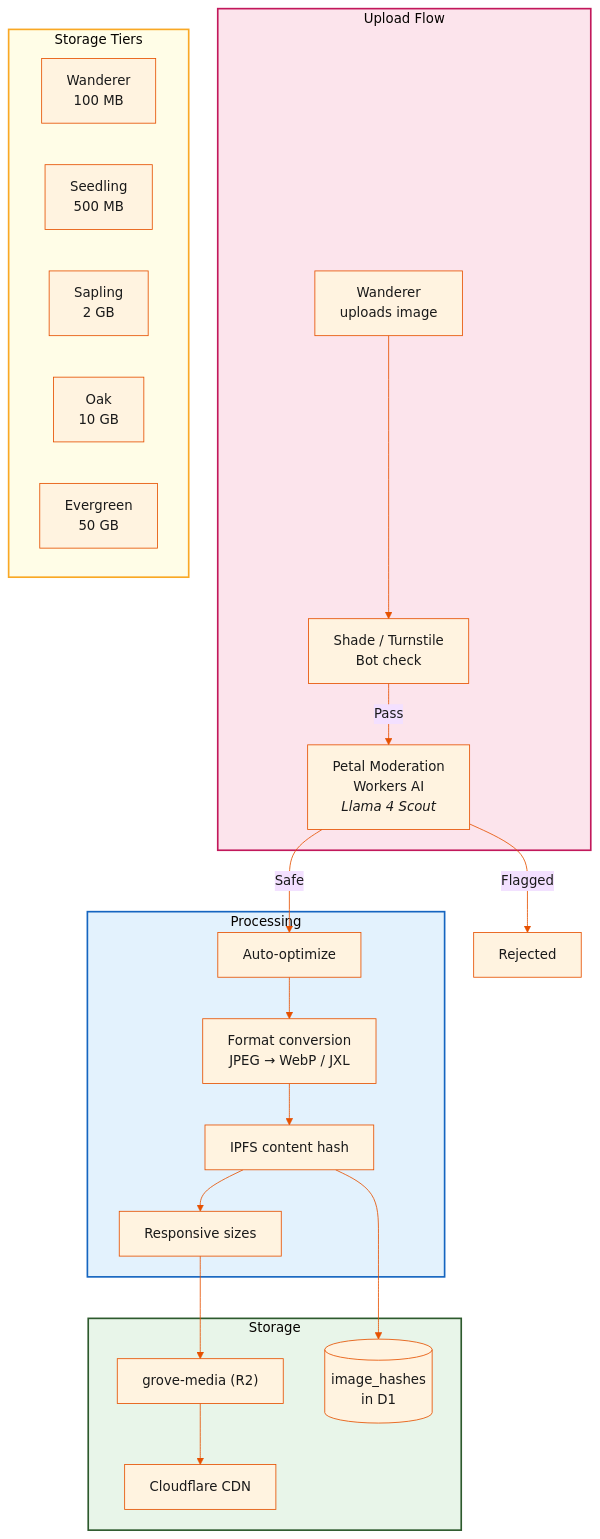
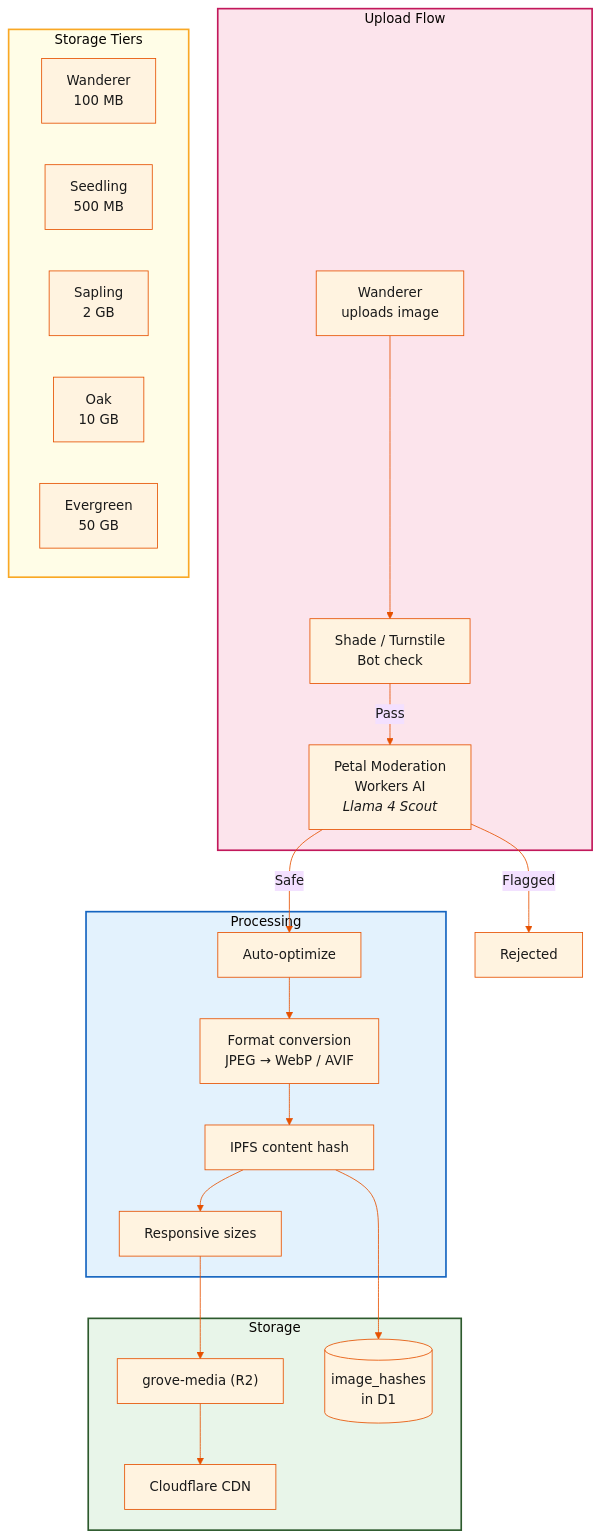
Before and after one commit to AutumnsGrove/Lattice: diagram 14 of 14 in docs/developer/architecture/diagrams.md, drawn with Mermaid. The commit also changed 43 other files, not shown here.

````diff
--- a/docs/developer/architecture/diagrams.md
+++ b/docs/developer/architecture/diagrams.md
@@ -749,44 +749,44 @@
 ```mermaid
 %%{init: {'theme': 'base', 'themeVariables': {'primaryColor': '#fff3e0', 'primaryTextColor': '#1a1a1a', 'primaryBorderColor': '#e65100', 'lineColor': '#e65100', 'background': '#ffffff'}}}%%
 flowchart TD
     subgraph upload["Upload Flow"]
         WAN["Wanderer<br/>uploads image"]
         SHADE["Shade / Turnstile<br/>Bot check"]
         PETAL["Petal Moderation<br/>Workers AI<br/><i>Llama 4 Scout</i>"]
     end
 
     subgraph process["Processing"]
         OPT["Auto-optimize"]
-        FMT["Format conversion<br/>JPEG → WebP / JXL"]
+        FMT["Format conversion<br/>JPEG → WebP / AVIF"]
         HASH["IPFS content hash"]
         RESIZE["Responsive sizes"]
     end
 
     subgraph storage["Storage"]
         R2["grove-media (R2)"]
         DB[("image_hashes<br/>in D1")]
         CDN["Cloudflare CDN"]
     end
 
     subgraph tiers["Storage Tiers"]
         direction LR
         FREE["Wanderer<br/>100 MB"]
         SEED["Seedling<br/>500 MB"]
         SAP["Sapling<br/>2 GB"]
         OAK["Oak<br/>10 GB"]
         EVER["Evergreen<br/>50 GB"]
     end
 
     WAN --> SHADE -->|"Pass"| PETAL
     PETAL -->|"Safe"| OPT
     PETAL -->|"Flagged"| REJECT["Rejected"]
     OPT --> FMT --> HASH --> RESIZE
     RESIZE --> R2
     HASH --> DB
     R2 --> CDN
 
     style upload fill:#fce4ec,stroke:#c2185b,stroke-width:2px
     style process fill:#e3f2fd,stroke:#1565c0,stroke-width:2px
     style storage fill:#e8f5e9,stroke:#2d5a2d,stroke-width:2px
     style tiers fill:#fffde7,stroke:#f9a825,stroke-width:2px
 ```
````
